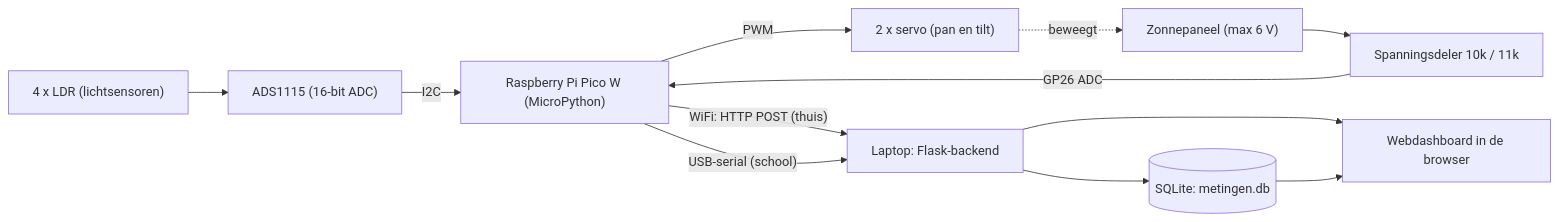
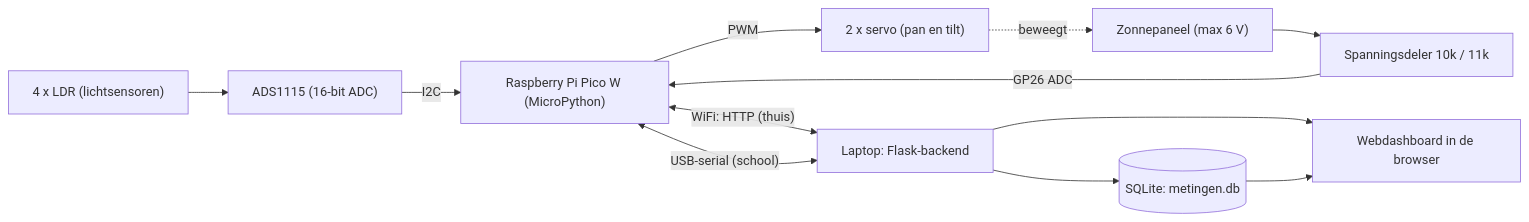
Before and after one commit to Matteo757/SmartSolarPanel: the diagram in README.md, drawn with Mermaid. The commit also changed other lines of this file, not shown here.

````diff
--- a/README.md
+++ b/README.md
@@ -46,14 +48,14 @@
 ```mermaid
 flowchart LR
     LDR["4 x LDR (lichtsensoren)"] --> ADS["ADS1115 (16-bit ADC)"]
     ADS -->|"I2C"| PICO["Raspberry Pi Pico W (MicroPython)"]
     PAN["Zonnepaneel (max 6 V)"] --> DEL["Spanningsdeler 10k / 11k"]
     DEL -->|"GP26 ADC"| PICO
     PICO -->|"PWM"| SERVO["2 x servo (pan en tilt)"]
     SERVO -. beweegt .-> PAN
-    PICO -->|"WiFi: HTTP POST (thuis)"| BACK["Laptop: Flask-backend"]
-    PICO -->|"USB-serial (school)"| BACK
+    PICO <-->|"WiFi: HTTP (thuis)"| BACK["Laptop: Flask-backend"]
+    PICO <-->|"USB-serial (school)"| BACK
     BACK --> DB[("SQLite: metingen.db")]
     BACK --> DASH["Webdashboard in de browser"]
     DB --> DASH
 ```
````
